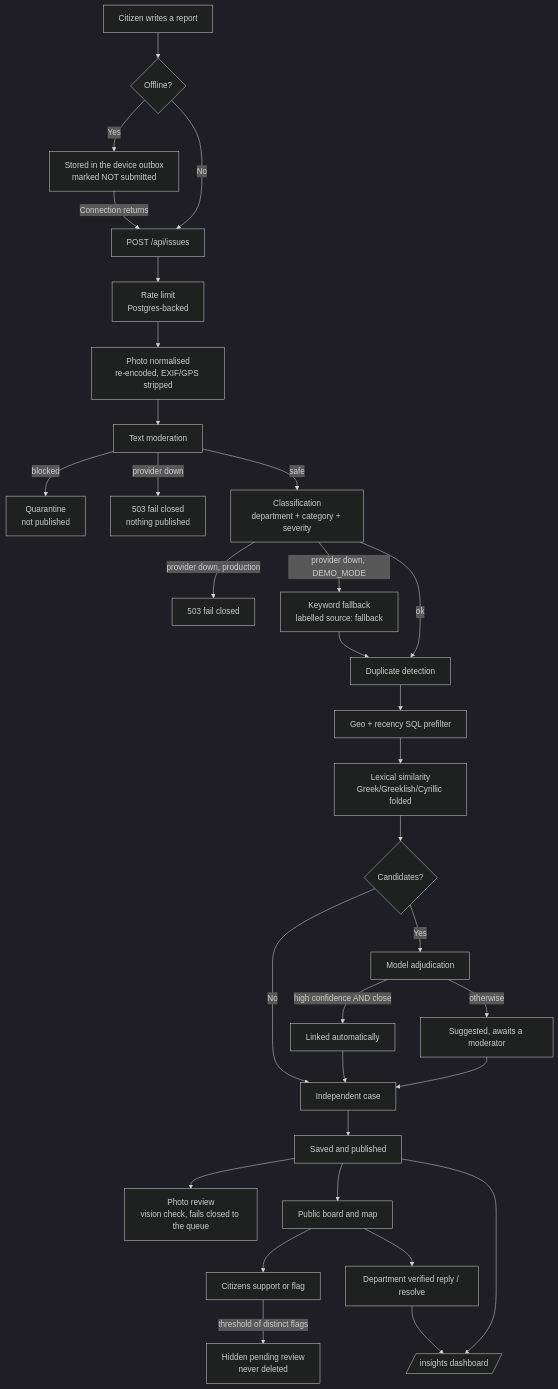
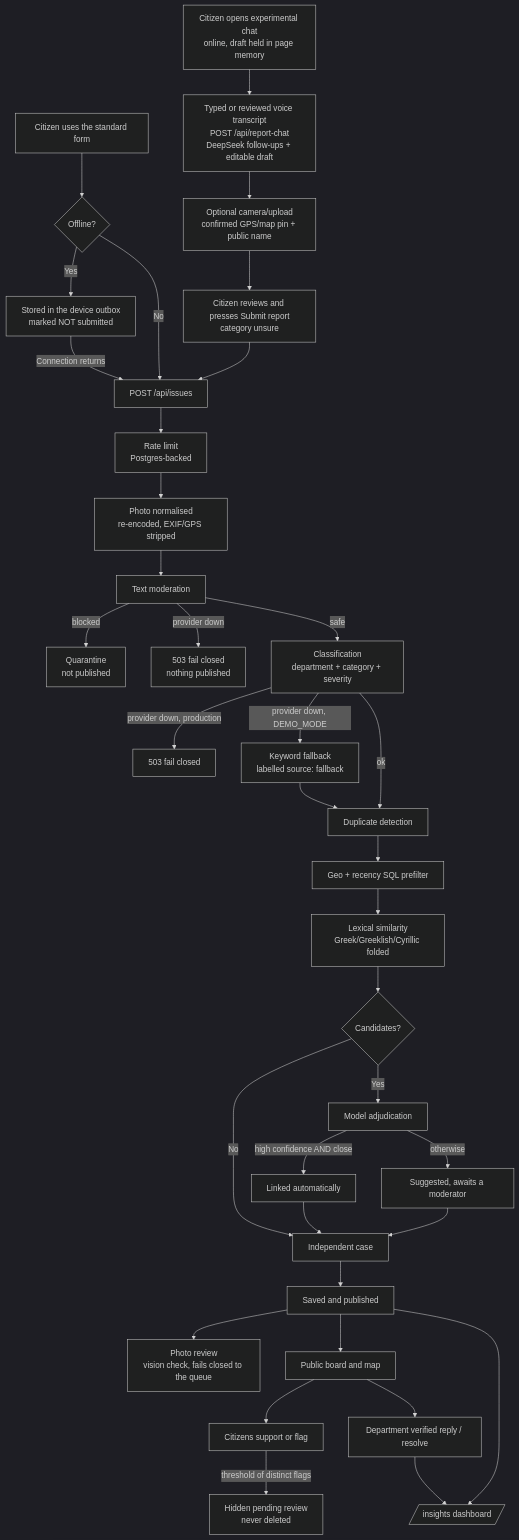
One commit to ckontz01/FixPafos changed the diagram in docs/architecture.md. Above: the diagram before and after it, drawn with Mermaid (dark theme). The commit also changed other lines of this file and 6 other files, not shown here.

````diff
--- a/docs/architecture.md
+++ b/docs/architecture.md
@@ -27,40 +33,44 @@
 ```mermaid
 flowchart TD
-    A[Citizen writes a report] --> B{Offline?}
+    A[Citizen uses the standard form] --> B{Offline?}
     B -->|Yes| B1[Stored in the device outbox<br/>marked NOT submitted]
     B1 -->|Connection returns| C
     B -->|No| C[POST /api/issues]
+    A2[Citizen opens experimental chat<br/>online, draft held in page memory] --> A3[Typed or reviewed voice transcript<br/>POST /api/report-chat<br/>DeepSeek follow-ups + editable draft]
+    A3 --> A4[Optional camera/upload<br/>confirmed GPS/map pin + public name]
+    A4 --> A5[Citizen reviews and presses Submit report<br/>category unsure]
+    A5 --> C
 
     C --> D[Rate limit<br/>Postgres-backed]
     D --> E[Photo normalised<br/>re-encoded, EXIF/GPS stripped]
     E --> F[Text moderation]
 
     F -->|blocked| F1[Quarantine<br/>not published]
     F -->|provider down| F2[503 fail closed<br/>nothing published]
     F -->|safe| G[Classification<br/>department + category + severity]
 
     G -->|provider down, production| G1[503 fail closed]
     G -->|provider down, DEMO_MODE| G2[Keyword fallback<br/>labelled source: fallback]
     G -->|ok| H[Duplicate detection]
 
     H --> H1[Geo + recency SQL prefilter]
     H1 --> H2[Lexical similarity<br/>Greek/Greeklish/Cyrillic folded]
     H2 --> H3{Candidates?}
     H3 -->|No| I[Independent case]
     H3 -->|Yes| H4[Model adjudication]
     H4 -->|high confidence AND close| H5[Linked automatically]
     H4 -->|otherwise| H6[Suggested, awaits a moderator]
 
     H5 --> I
     H6 --> I
     G2 --> H
     I --> J[Saved and published]
 
     J --> K[Photo review<br/>vision check, fails closed to the queue]
     J --> L[Public board and map]
     J --> M[/insights dashboard/]
     L --> N[Citizens support or flag]
     N -->|threshold of distinct flags| N1[Hidden pending review<br/>never deleted]
     L --> O[Department verified reply / resolve]
     O --> M
 ```
````
